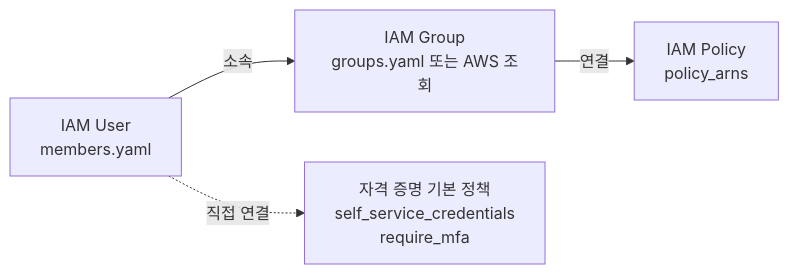
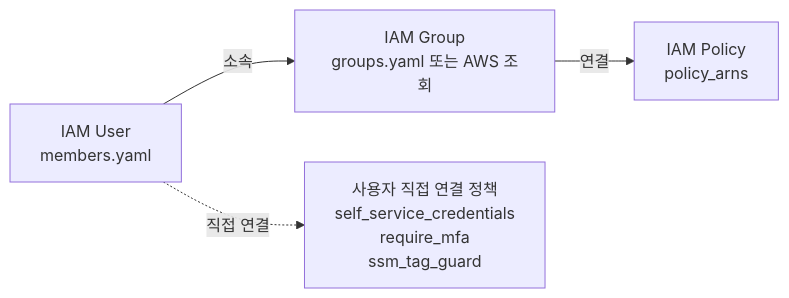
The diagram in docs/runbooks/change-access.md (kintoun-secops/kintoun-infra), drawn with Mermaid before and after one commit. The commit also changed other lines of this file and 3 other files, not shown here.

````diff
--- a/docs/runbooks/change-access.md
+++ b/docs/runbooks/change-access.md
@@ -10,11 +10,11 @@
 ```mermaid
 graph LR
   U["IAM User<br/>members.yaml"]
   G["IAM Group<br/>groups.yaml 또는 AWS 조회"]
   P["IAM Policy<br/>policy_arns"]
-  B["자격 증명 기본 정책<br/>self_service_credentials<br/>require_mfa"]
+  B["사용자 직접 연결 정책<br/>self_service_credentials<br/>require_mfa<br/>ssm_tag_guard"]
 
   U -->|소속| G
   G -->|연결| P
   U -.->|직접 연결| B
 ```
````
